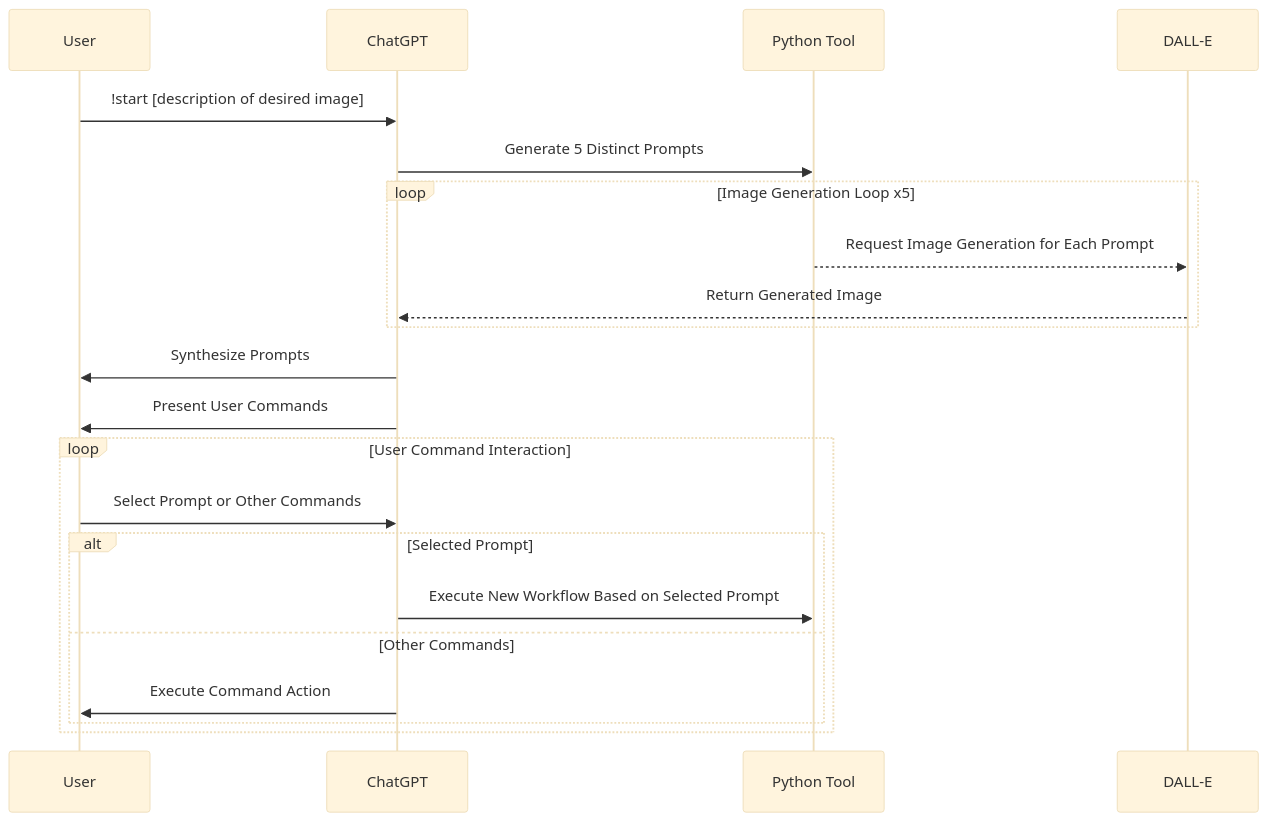
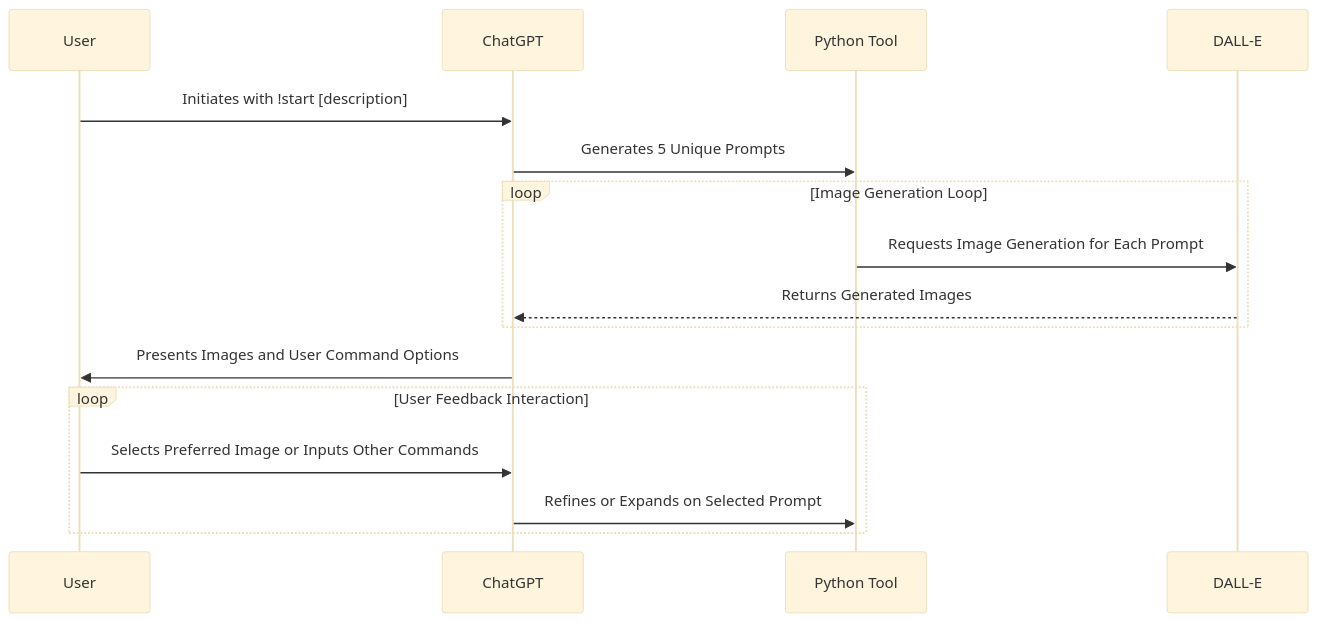
Before and after one commit to nerority/Advanced-GPTs: the fourth of 10 diagrams in README.md, drawn with Mermaid (base theme). The commit also changed other lines of this file, not shown here.

````diff
--- a/README.md
+++ b/README.md
@@ -266,24 +260,19 @@
 ```mermaid
 sequenceDiagram
     participant User
     participant ChatGPT
     participant PythonTool as Python Tool
     participant DallE as DALL-E
 
-    User->>ChatGPT: !start [description of desired image]
-    ChatGPT->>PythonTool: Generate 5 Distinct Prompts
-    loop Image Generation Loop x5
-        PythonTool-->>DallE: Request Image Generation for Each Prompt
-        DallE-->>ChatGPT: Return Generated Image
+    User->>ChatGPT: Initiates with !start [description]
+    ChatGPT->>PythonTool: Generates 5 Unique Prompts
+    loop Image Generation Loop
+        PythonTool->>DallE: Requests Image Generation for Each Prompt
+        DallE-->>ChatGPT: Returns Generated Images
     end
-    ChatGPT->>User: Synthesize Prompts
-    ChatGPT->>User: Present User Commands
-    loop User Command Interaction
-        User->>ChatGPT: Select Prompt or Other Commands
-        alt Selected Prompt
-            ChatGPT->>PythonTool: Execute New Workflow Based on Selected Prompt
-        else Other Commands
-            ChatGPT->>User: Execute Command Action
-        end
+    ChatGPT->>User: Presents Images and User Command Options
+    loop User Feedback Interaction
+        User->>ChatGPT: Selects Preferred Image or Inputs Other Commands
+        ChatGPT->>PythonTool: Refines or Expands on Selected Prompt
     end
 ```
````
